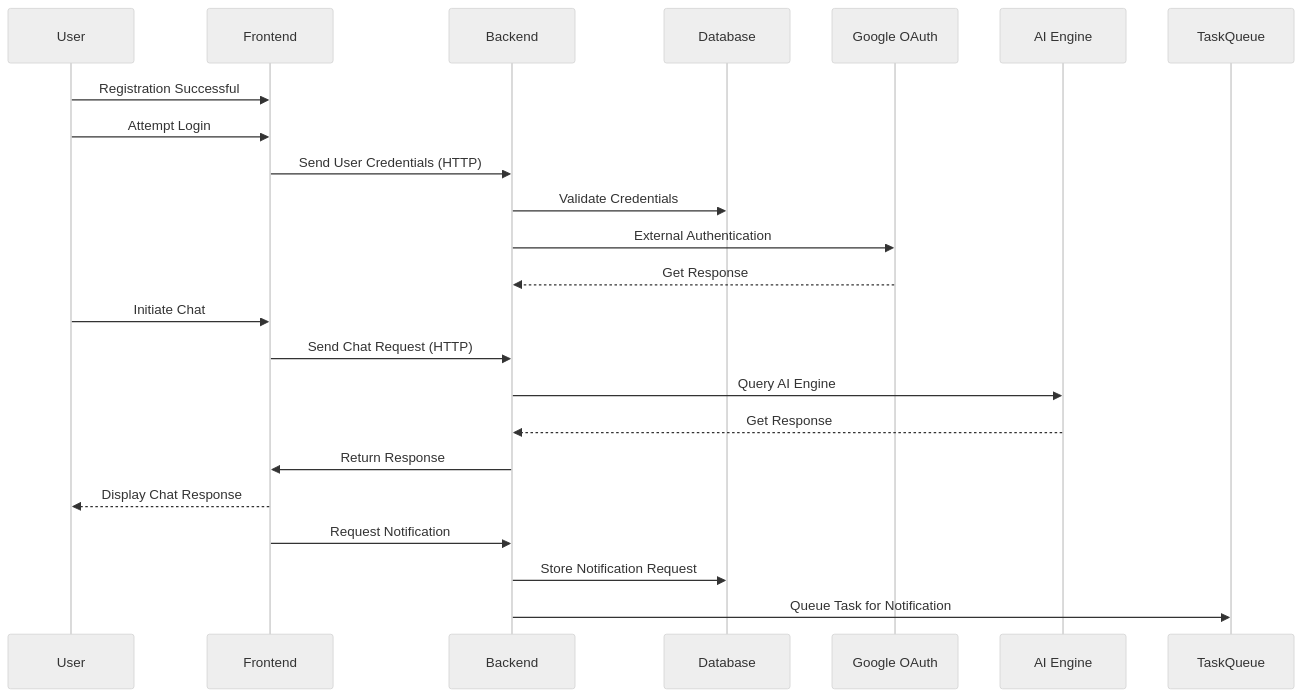
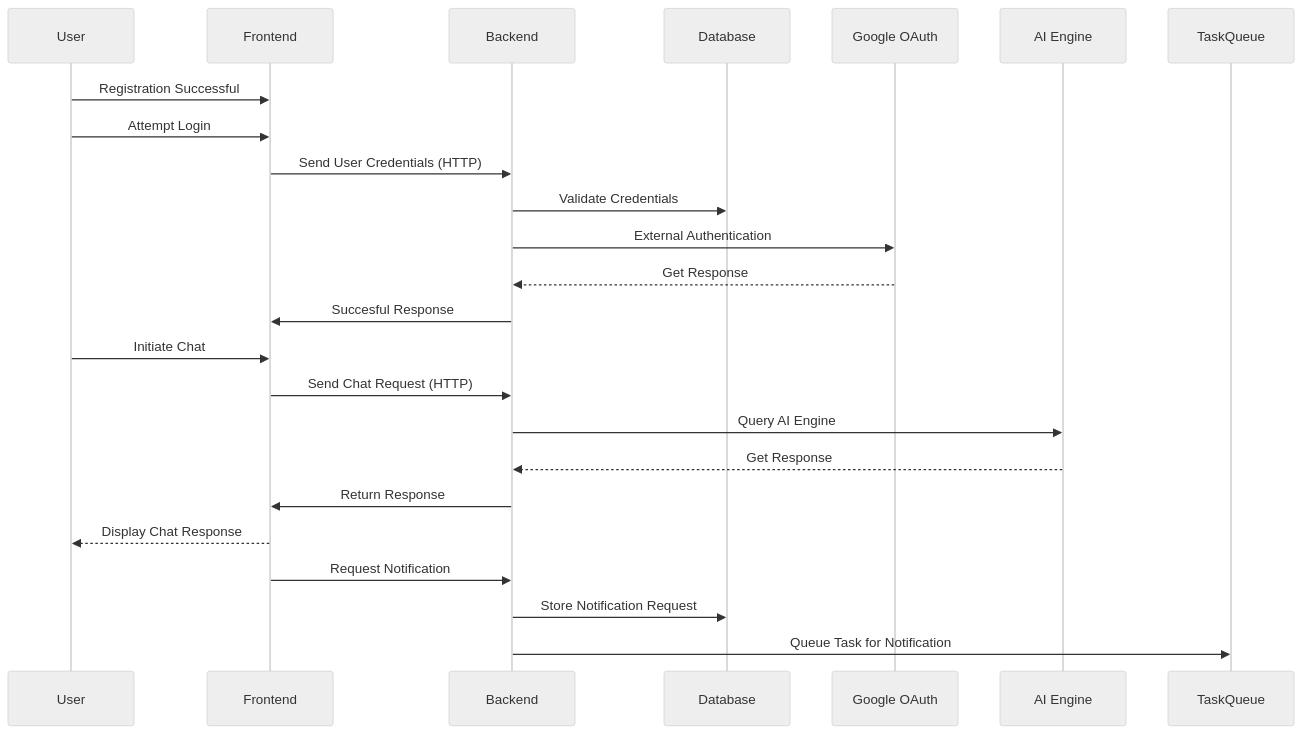
Before and after one commit to Joy-Ese/JayBank-Support-App: the second of 2 diagrams in mermaid.md, drawn with Mermaid (neutral theme).

````diff
--- a/mermaid.md
+++ b/mermaid.md
@@ -23,27 +23,28 @@
 ``` mermaid
 sequenceDiagram
     participant U as User
     participant FE as Frontend
     participant BE as Backend
     participant DB as Database
     participant JWT as Google OAuth
     participant AI as AI Engine
     participant Q as TaskQueue
 
     U->>FE: Registration Successful
     U->>FE: Attempt Login
     FE->>BE: Send User Credentials (HTTP)
     BE->>DB: Validate Credentials
     BE->>JWT: External Authentication
     JWT-->>BE: Get Response
+    BE->>FE: Succesful Response
     U->>FE: Initiate Chat
     FE->>BE: Send Chat Request (HTTP)
     BE->>AI: Query AI Engine
     AI-->>BE: Get Response
     BE->>FE: Return Response
     FE-->>U: Display Chat Response
 
     FE->>BE: Request Notification
     BE->>DB: Store Notification Request
     BE->>Q: Queue Task for Notification
 ```
````
